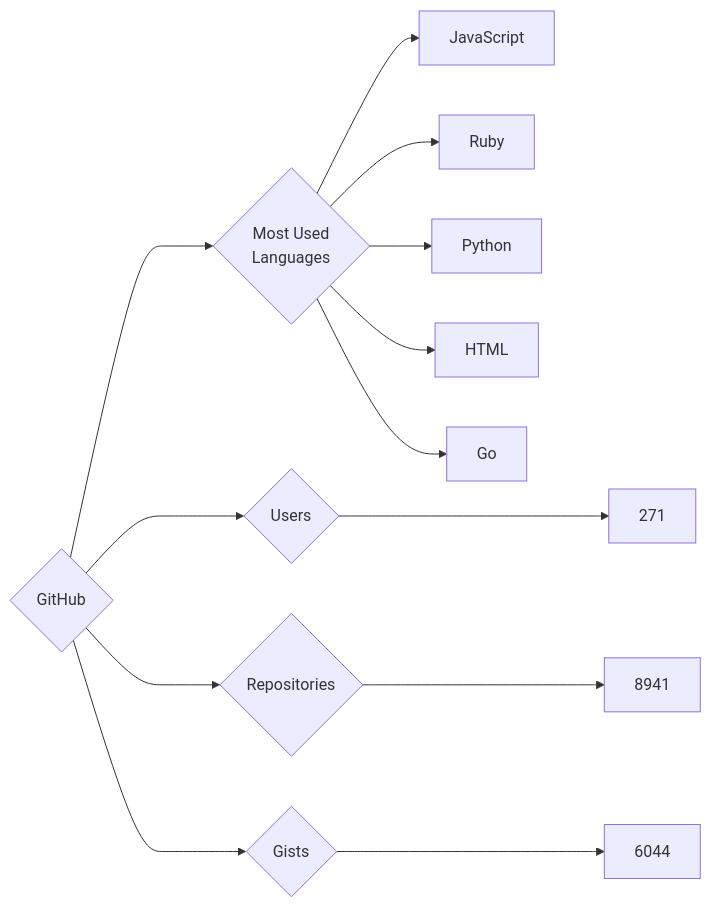
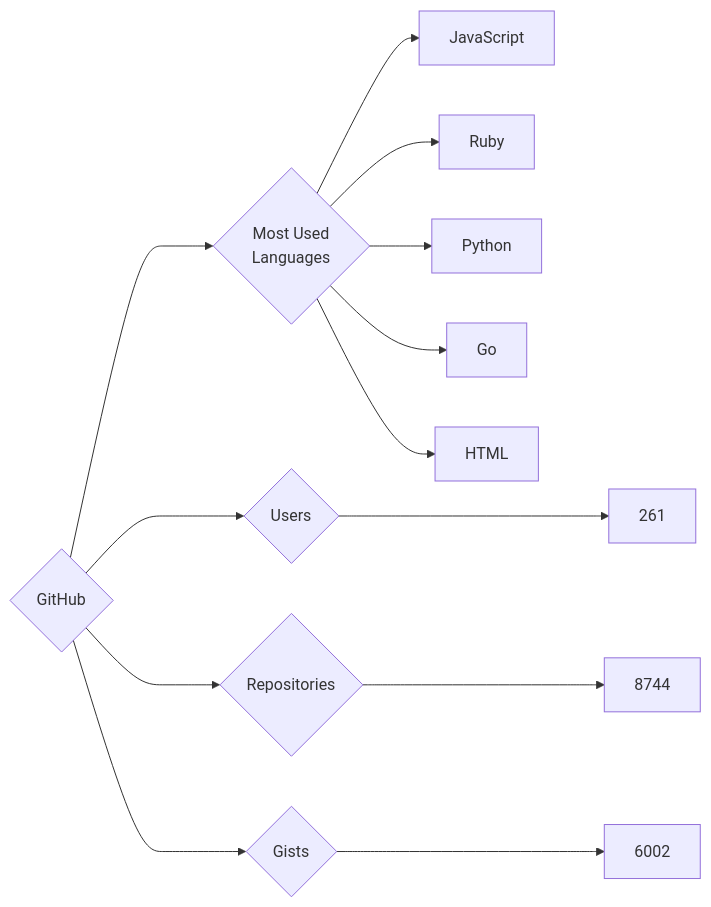
The diagram in targets/GitHub/README.md (trickest/insiders), drawn with Mermaid before and after one commit. The commit also changed 757 other files, not shown here.

````diff
--- a/targets/GitHub/README.md
+++ b/targets/GitHub/README.md
@@ -3,13 +3,13 @@
 ```mermaid
 graph LR
 COMPANY_NAME{GitHub}
-COMPANY_NAME ---> U{Users} ---> UN[271]
-COMPANY_NAME ---> R{Repositories} ---> RN[8941]
-COMPANY_NAME ---> G{Gists} ---> GN[6044]
+COMPANY_NAME ---> U{Users} ---> UN[261]
+COMPANY_NAME ---> R{Repositories} ---> RN[8744]
+COMPANY_NAME ---> G{Gists} ---> GN[6002]
 COMPANY_NAME ---> ML{Most Used<br>Languages}
 ML --> JavaScript[JavaScript]
 ML --> Ruby[Ruby]
 ML --> Python[Python]
+ML --> Go[Go]
 ML --> HTML[HTML]
-ML --> Go[Go]
 ```
````
